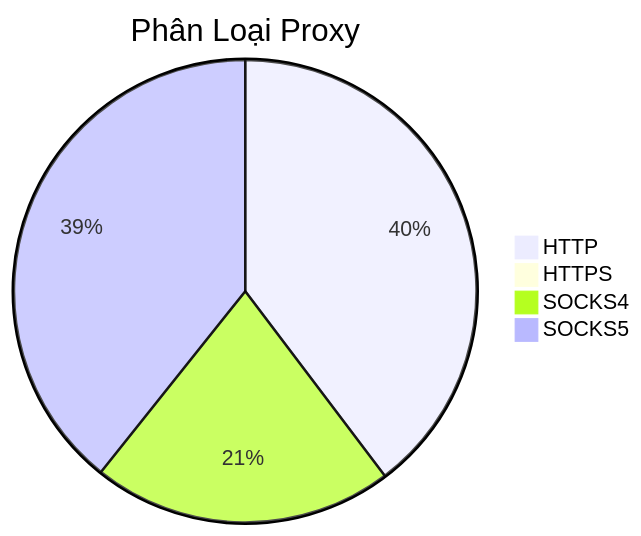
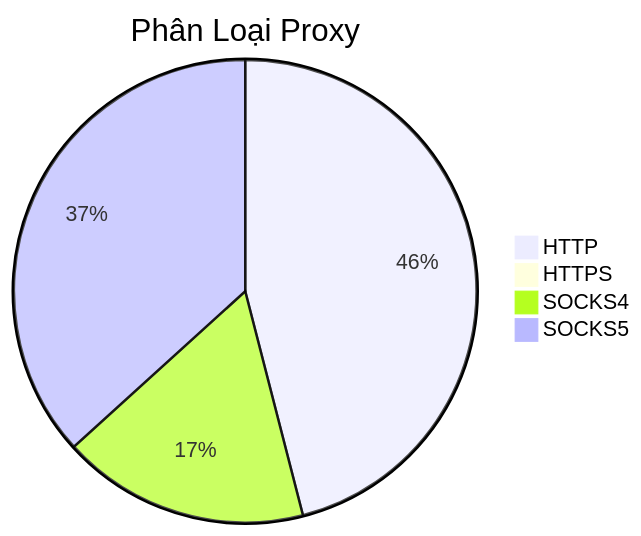
The diagram in README.md (Ciara-Aa/PROXY-free), drawn with Mermaid before and after one commit. The commit also changed other lines of this file and 4 other files, not shown here.

````diff
--- a/README.md
+++ b/README.md
@@ -26,7 +26,7 @@
 ```mermaid
 pie title Phân Loại Proxy
-    "HTTP" : 285
-    "HTTPS" : 3
-    "SOCKS4" : 151
-    "SOCKS5" : 282
+    "HTTP" : 447
+    "HTTPS" : 2
+    "SOCKS4" : 168
+    "SOCKS5" : 357
 ```
````
